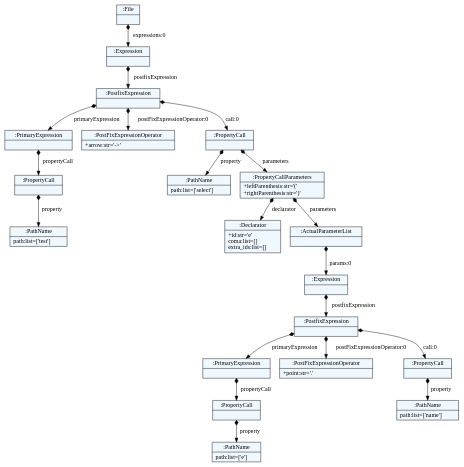
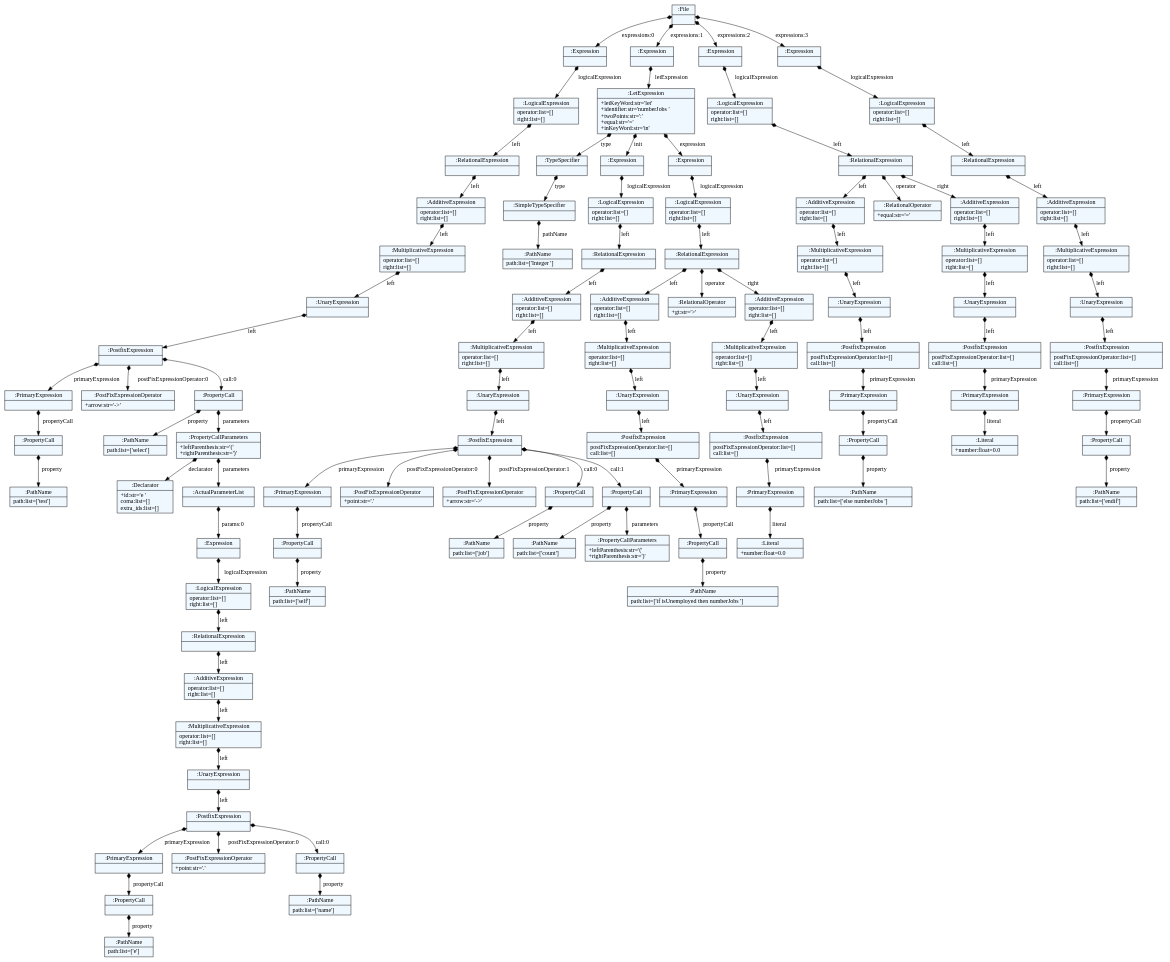
The diagram in Transpilation/expression.ocl.dot (Beuchey/OCL_Python), drawn with Graphviz before and after one commit. The commit also changed 4 other files, not shown here.

```diff
--- a/Transpilation/expression.ocl.dot
+++ b/Transpilation/expression.ocl.dot
@@ -11,44 +11,196 @@
     edge[dir=black,arrowtail=empty]
 
 
-41384208 -> 41383952 [label="expressions:0" arrowtail=diamond dir=both]
-41383952 -> 41384880 [label="postfixExpression" arrowtail=diamond dir=both]
-41384880 -> 41382032 [label="primaryExpression" arrowtail=diamond dir=both]
-41382032 -> 41381936 [label="propertyCall" arrowtail=diamond dir=both]
-41381936 -> 41383184 [label="property" arrowtail=diamond dir=both]
-41383184[label="{:PathName|path:list=['test']\l}"]
-41381936[label="{:PropertyCall|}"]
-41382032[label="{:PrimaryExpression|}"]
-41384880 -> 41383152 [label="postFixExpressionOperator:0" arrowtail=diamond dir=both]
-41383152[label="{:PostFixExpressionOperator|+arrow:str='-\>'\l}"]
-41384880 -> 41382224 [label="call:0" arrowtail=diamond dir=both]
-41382224 -> 41382064 [label="property" arrowtail=diamond dir=both]
-41382064[label="{:PathName|path:list=['select']\l}"]
-41382224 -> 41383472 [label="parameters" arrowtail=diamond dir=both]
-41383472 -> 41383120 [label="declarator" arrowtail=diamond dir=both]
-41383120[label="{:Declarator|+id:str='e'\lcoma:list=[]\lextra_ids:list=[]\l}"]
-41383472 -> 41382640 [label="parameters" arrowtail=diamond dir=both]
-41382640 -> 41383984 [label="params:0" arrowtail=diamond dir=both]
-41383984 -> 41385040 [label="postfixExpression" arrowtail=diamond dir=both]
-41385040 -> 41385872 [label="primaryExpression" arrowtail=diamond dir=both]
-41385872 -> 41515888 [label="propertyCall" arrowtail=diamond dir=both]
-41515888 -> 41514608 [label="property" arrowtail=diamond dir=both]
-41514608[label="{:PathName|path:list=['e']\l}"]
-41515888[label="{:PropertyCall|}"]
-41385872[label="{:PrimaryExpression|}"]
-41385040 -> 40961072 [label="postFixExpressionOperator:0" arrowtail=diamond dir=both]
-40961072[label="{:PostFixExpressionOperator|+point:str='.'\l}"]
-41385040 -> 41513008 [label="call:0" arrowtail=diamond dir=both]
-41513008 -> 41515248 [label="property" arrowtail=diamond dir=both]
-41515248[label="{:PathName|path:list=['name']\l}"]
-41513008[label="{:PropertyCall|}"]
-41385040[label="{:PostfixExpression|}"]
-41383984[label="{:Expression|}"]
-41382640[label="{:ActualParameterList|}"]
-41383472[label="{:PropertyCallParameters|+leftParenthesis:str='('\l+rightParenthesis:str=')'\l}"]
-41382224[label="{:PropertyCall|}"]
-41384880[label="{:PostfixExpression|}"]
-41383952[label="{:Expression|}"]
-41384208[label="{:File|}"]
+47922288 -> 47923056 [label="expressions:0" arrowtail=diamond dir=both]
+47923056 -> 47956880 [label="logicalExpression" arrowtail=diamond dir=both]
+47956880 -> 47956688 [label="left" arrowtail=diamond dir=both]
+47956688 -> 47959600 [label="left" arrowtail=diamond dir=both]
+47959600 -> 47956752 [label="left" arrowtail=diamond dir=both]
+47956752 -> 47956944 [label="left" arrowtail=diamond dir=both]
+47956944 -> 47959664 [label="left" arrowtail=diamond dir=both]
+47959664 -> 47959216 [label="primaryExpression" arrowtail=diamond dir=both]
+47959216 -> 47957424 [label="propertyCall" arrowtail=diamond dir=both]
+47957424 -> 47958032 [label="property" arrowtail=diamond dir=both]
+47958032[label="{:PathName|path:list=['test']\l}"]
+47957424[label="{:PropertyCall|}"]
+47959216[label="{:PrimaryExpression|}"]
+47959664 -> 47957392 [label="postFixExpressionOperator:0" arrowtail=diamond dir=both]
+47957392[label="{:PostFixExpressionOperator|+arrow:str='-\>'\l}"]
+47959664 -> 47958864 [label="call:0" arrowtail=diamond dir=both]
+47958864 -> 47958832 [label="property" arrowtail=diamond dir=both]
+47958832[label="{:PathName|path:list=['select']\l}"]
+47958864 -> 47958320 [label="parameters" arrowtail=diamond dir=both]
+47958320 -> 47957552 [label="declarator" arrowtail=diamond dir=both]
+47957552[label="{:Declarator|+id:str='e '\lcoma:list=[]\lextra_ids:list=[]\l}"]
+47958320 -> 47959184 [label="parameters" arrowtail=diamond dir=both]
+47959184 -> 47959984 [label="params:0" arrowtail=diamond dir=both]
+47959984 -> 47959824 [label="logicalExpression" arrowtail=diamond dir=both]
+47959824 -> 48082864 [label="left" arrowtail=diamond dir=both]
+48082864 -> 48081680 [label="left" arrowtail=diamond dir=both]
+48081680 -> 48081328 [label="left" arrowtail=diamond dir=both]
+48081328 -> 48080240 [label="left" arrowtail=diamond dir=both]
+48080240 -> 48079600 [label="left" arrowtail=diamond dir=both]
+48079600 -> 48082192 [label="primaryExpression" arrowtail=diamond dir=both]
+48082192 -> 48082000 [label="propertyCall" arrowtail=diamond dir=both]
+48082000 -> 48081904 [label="property" arrowtail=diamond dir=both]
+48081904[label="{:PathName|path:list=['e']\l}"]
+48082000[label="{:PropertyCall|}"]
+48082192[label="{:PrimaryExpression|}"]
+48079600 -> 48082224 [label="postFixExpressionOperator:0" arrowtail=diamond dir=both]
+48082224[label="{:PostFixExpressionOperator|+point:str='.'\l}"]
+48079600 -> 48082160 [label="call:0" arrowtail=diamond dir=both]
+48082160 -> 48081968 [label="property" arrowtail=diamond dir=both]
+48081968[label="{:PathName|path:list=['name']\l}"]
+48082160[label="{:PropertyCall|}"]
+48079600[label="{:PostfixExpression|}"]
+48080240[label="{:UnaryExpression|}"]
+48081328[label="{:MultiplicativeExpression|operator:list=[]\lright:list=[]\l}"]
+48081680[label="{:AdditiveExpression|operator:list=[]\lright:list=[]\l}"]
+48082864[label="{:RelationalExpression|}"]
+47959824[label="{:LogicalExpression|operator:list=[]\lright:list=[]\l}"]
+47959984[label="{:Expression|}"]
+47959184[label="{:ActualParameterList|}"]
+47958320[label="{:PropertyCallParameters|+leftParenthesis:str='('\l+rightParenthesis:str=')'\l}"]
+47958864[label="{:PropertyCall|}"]
+47959664[label="{:PostfixExpression|}"]
+47956944[label="{:UnaryExpression|}"]
+47956752[label="{:MultiplicativeExpression|operator:list=[]\lright:list=[]\l}"]
+47959600[label="{:AdditiveExpression|operator:list=[]\lright:list=[]\l}"]
+47956688[label="{:RelationalExpression|}"]
+47956880[label="{:LogicalExpression|operator:list=[]\lright:list=[]\l}"]
+47923056[label="{:Expression|}"]
+47922288 -> 47919792 [label="expressions:1" arrowtail=diamond dir=both]
+47919792 -> 47957168 [label="letExpression" arrowtail=diamond dir=both]
+47957168 -> 47958064 [label="type" arrowtail=diamond dir=both]
+47958064 -> 47957296 [label="type" arrowtail=diamond dir=both]
+47957296 -> 47957744 [label="pathName" arrowtail=diamond dir=both]
+47957744[label="{:PathName|path:list=['Integer ']\l}"]
+47957296[label="{:SimpleTypeSpecifier|}"]
+47958064[label="{:TypeSpecifier|}"]
+47957168 -> 47958192 [label="init" arrowtail=diamond dir=both]
+47958192 -> 47958896 [label="logicalExpression" arrowtail=diamond dir=both]
+47958896 -> 47957904 [label="left" arrowtail=diamond dir=both]
+47957904 -> 47959760 [label="left" arrowtail=diamond dir=both]
+47959760 -> 47959952 [label="left" arrowtail=diamond dir=both]
+47959952 -> 48082352 [label="left" arrowtail=diamond dir=both]
+48082352 -> 48081360 [label="left" arrowtail=diamond dir=both]
+48081360 -> 48080016 [label="primaryExpression" arrowtail=diamond dir=both]
+48080016 -> 48078896 [label="propertyCall" arrowtail=diamond dir=both]
+48078896 -> 48079696 [label="property" arrowtail=diamond dir=both]
+48079696[label="{:PathName|path:list=['self']\l}"]
+48078896[label="{:PropertyCall|}"]
+48080016[label="{:PrimaryExpression|}"]
+48081360 -> 48079888 [label="postFixExpressionOperator:0" arrowtail=diamond dir=both]
+48079888[label="{:PostFixExpressionOperator|+point:str='.'\l}"]
+48081360 -> 48082896 [label="postFixExpressionOperator:1" arrowtail=diamond dir=both]
+48082896[label="{:PostFixExpressionOperator|+arrow:str='-\>'\l}"]
+48081360 -> 48079248 [label="call:0" arrowtail=diamond dir=both]
+48079248 -> 48081200 [label="property" arrowtail=diamond dir=both]
+48081200[label="{:PathName|path:list=['job']\l}"]
+48079248[label="{:PropertyCall|}"]
+48081360 -> 48082416 [label="call:1" arrowtail=diamond dir=both]
+48082416 -> 48081168 [label="property" arrowtail=diamond dir=both]
+48081168[label="{:PathName|path:list=['count']\l}"]
+48082416 -> 48079760 [label="parameters" arrowtail=diamond dir=both]
+48079760[label="{:PropertyCallParameters|+leftParenthesis:str='('\l+rightParenthesis:str=')'\l}"]
+48082416[label="{:PropertyCall|}"]
+48081360[label="{:PostfixExpression|}"]
+48082352[label="{:UnaryExpression|}"]
+47959952[label="{:MultiplicativeExpression|operator:list=[]\lright:list=[]\l}"]
+47959760[label="{:AdditiveExpression|operator:list=[]\lright:list=[]\l}"]
+47957904[label="{:RelationalExpression|}"]
+47958896[label="{:LogicalExpression|operator:list=[]\lright:list=[]\l}"]
+47958192[label="{:Expression|}"]
+47957168 -> 47957584 [label="expression" arrowtail=diamond dir=both]
+47957584 -> 47956720 [label="logicalExpression" arrowtail=diamond dir=both]
+47956720 -> 47958512 [label="left" arrowtail=diamond dir=both]
+47958512 -> 47580048 [label="left" arrowtail=diamond dir=both]
+47580048 -> 48081040 [label="left" arrowtail=diamond dir=both]
+48081040 -> 48081136 [label="left" arrowtail=diamond dir=both]
+48081136 -> 48081936 [label="left" arrowtail=diamond dir=both]
+48081936 -> 48082448 [label="primaryExpression" arrowtail=diamond dir=both]
+48082448 -> 48036304 [label="propertyCall" arrowtail=diamond dir=both]
+48036304 -> 48036976 [label="property" arrowtail=diamond dir=both]
+48036976[label="{:PathName|path:list=['if  isUnemployed then numberJobs ']\l}"]
+48036304[label="{:PropertyCall|}"]
+48082448[label="{:PrimaryExpression|}"]
+48081936[label="{:PostfixExpression|postFixExpressionOperator:list=[]\lcall:list=[]\l}"]
+48081136[label="{:UnaryExpression|}"]
+48081040[label="{:MultiplicativeExpression|operator:list=[]\lright:list=[]\l}"]
+47580048[label="{:AdditiveExpression|operator:list=[]\lright:list=[]\l}"]
+47958512 -> 48081872 [label="operator" arrowtail=diamond dir=both]
+48081872[label="{:RelationalOperator|+gt:str='\>'\l}"]
+47958512 -> 48081520 [label="right" arrowtail=diamond dir=both]
+48081520 -> 48081648 [label="left" arrowtail=diamond dir=both]
+48081648 -> 48082384 [label="left" arrowtail=diamond dir=both]
+48082384 -> 48035888 [label="left" arrowtail=diamond dir=both]
+48035888 -> 48036624 [label="primaryExpression" arrowtail=diamond dir=both]
+48036624 -> 48036048 [label="literal" arrowtail=diamond dir=both]
+48036048[label="{:Literal|+number:float=0.0\l}"]
+48036624[label="{:PrimaryExpression|}"]
+48035888[label="{:PostfixExpression|postFixExpressionOperator:list=[]\lcall:list=[]\l}"]
+48082384[label="{:UnaryExpression|}"]
+48081648[label="{:MultiplicativeExpression|operator:list=[]\lright:list=[]\l}"]
+48081520[label="{:AdditiveExpression|operator:list=[]\lright:list=[]\l}"]
+47958512[label="{:RelationalExpression|}"]
+47956720[label="{:LogicalExpression|operator:list=[]\lright:list=[]\l}"]
+47957584[label="{:Expression|}"]
+47957168[label="{:LetExpression|+letKeyWord:str='let'\l+identifier:str='numberJobs '\l+twoPoints:str=':'\l+equal:str='='\l+inKeyWord:str='in'\l}"]
+47919792[label="{:Expression|}"]
+47922288 -> 43744464 [label="expressions:2" arrowtail=diamond dir=both]
+43744464 -> 47957936 [label="logicalExpression" arrowtail=diamond dir=both]
+47957936 -> 47957616 [label="left" arrowtail=diamond dir=both]
+47957616 -> 47959728 [label="left" arrowtail=diamond dir=both]
+47959728 -> 48081712 [label="left" arrowtail=diamond dir=both]
+48081712 -> 48037136 [label="left" arrowtail=diamond dir=both]
+48037136 -> 48036688 [label="left" arrowtail=diamond dir=both]
+48036688 -> 48034224 [label="primaryExpression" arrowtail=diamond dir=both]
+48034224 -> 48034384 [label="propertyCall" arrowtail=diamond dir=both]
+48034384 -> 48034960 [label="property" arrowtail=diamond dir=both]
+48034960[label="{:PathName|path:list=['else numberJobs ']\l}"]
+48034384[label="{:PropertyCall|}"]
+48034224[label="{:PrimaryExpression|}"]
+48036688[label="{:PostfixExpression|postFixExpressionOperator:list=[]\lcall:list=[]\l}"]
+48037136[label="{:UnaryExpression|}"]
+48081712[label="{:MultiplicativeExpression|operator:list=[]\lright:list=[]\l}"]
+47959728[label="{:AdditiveExpression|operator:list=[]\lright:list=[]\l}"]
+47957616 -> 48080304 [label="operator" arrowtail=diamond dir=both]
+48080304[label="{:RelationalOperator|+equal:str='='\l}"]
+47957616 -> 48081072 [label="right" arrowtail=diamond dir=both]
+48081072 -> 48034800 [label="left" arrowtail=diamond dir=both]
+48034800 -> 48037296 [label="left" arrowtail=diamond dir=both]
+48037296 -> 48034928 [label="left" arrowtail=diamond dir=both]
+48034928 -> 48035312 [label="primaryExpression" arrowtail=diamond dir=both]
+48035312 -> 48036016 [label="literal" arrowtail=diamond dir=both]
+48036016[label="{:Literal|+number:float=0.0\l}"]
+48035312[label="{:PrimaryExpression|}"]
+48034928[label="{:PostfixExpression|postFixExpressionOperator:list=[]\lcall:list=[]\l}"]
+48037296[label="{:UnaryExpression|}"]
+48034800[label="{:MultiplicativeExpression|operator:list=[]\lright:list=[]\l}"]
+48081072[label="{:AdditiveExpression|operator:list=[]\lright:list=[]\l}"]
+47957616[label="{:RelationalExpression|}"]
+47957936[label="{:LogicalExpression|operator:list=[]\lright:list=[]\l}"]
+43744464[label="{:Expression|}"]
+47922288 -> 48082064 [label="expressions:3" arrowtail=diamond dir=both]
+48082064 -> 47957136 [label="logicalExpression" arrowtail=diamond dir=both]
+47957136 -> 47956912 [label="left" arrowtail=diamond dir=both]
+47956912 -> 48035056 [label="left" arrowtail=diamond dir=both]
+48035056 -> 48035280 [label="left" arrowtail=diamond dir=both]
+48035280 -> 48036368 [label="left" arrowtail=diamond dir=both]
+48036368 -> 48037328 [label="left" arrowtail=diamond dir=both]
+48037328 -> 48035472 [label="primaryExpression" arrowtail=diamond dir=both]
+48035472 -> 48162800 [label="propertyCall" arrowtail=diamond dir=both]
+48162800 -> 48162608 [label="property" arrowtail=diamond dir=both]
+48162608[label="{:PathName|path:list=['endif']\l}"]
+48162800[label="{:PropertyCall|}"]
+48035472[label="{:PrimaryExpression|}"]
+48037328[label="{:PostfixExpression|postFixExpressionOperator:list=[]\lcall:list=[]\l}"]
+48036368[label="{:UnaryExpression|}"]
+48035280[label="{:MultiplicativeExpression|operator:list=[]\lright:list=[]\l}"]
+48035056[label="{:AdditiveExpression|operator:list=[]\lright:list=[]\l}"]
+47956912[label="{:RelationalExpression|}"]
+47957136[label="{:LogicalExpression|operator:list=[]\lright:list=[]\l}"]
+48082064[label="{:Expression|}"]
+47922288[label="{:File|}"]
 
 }
```
